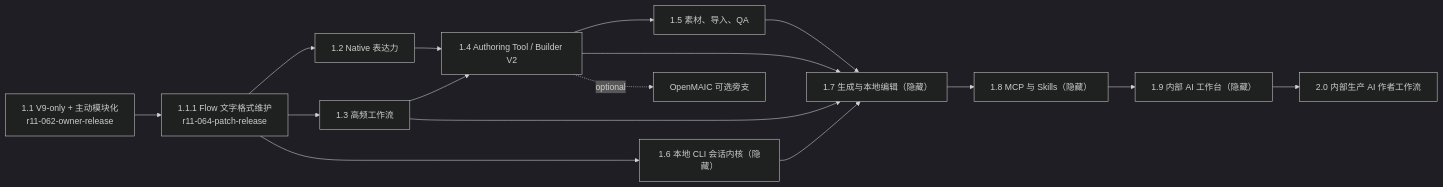
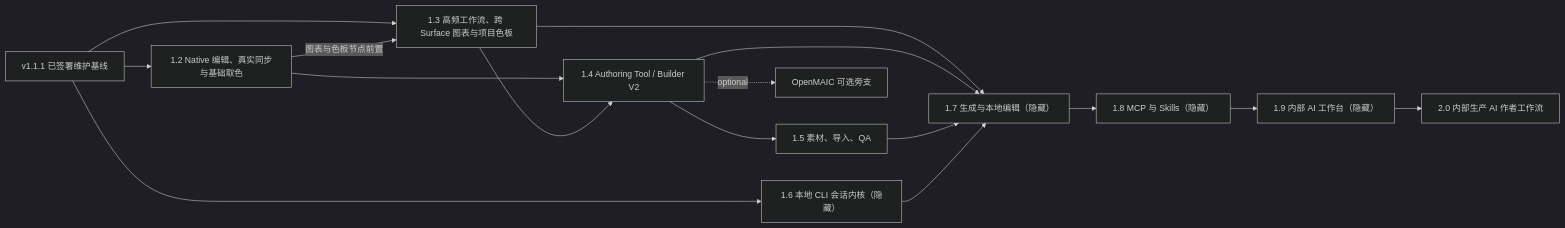
Before and after one commit to ghostairship-debug/ittoedu: the diagram in docs/development-plan/roadmap/README.md, drawn with Mermaid (dark theme). The commit also changed other lines of this file and 237 other files, not shown here.

Commit message:
feat(release): complete Course Project 1.2 Native editing closure

````diff
--- a/docs/development-plan/roadmap/README.md
+++ b/docs/development-plan/roadmap/README.md
@@ -25,29 +25,28 @@
 ```mermaid
 flowchart LR
-    R11["1.1 V9-only + 主动模块化\nr11-062-owner-release"]
-    R111["1.1.1 Flow 文字格式维护\nr11-064-patch-release"]
-    R12["1.2 Native 表达力"]
-    R13["1.3 高频工作流"]
+    B["v1.1.1 已签署维护基线"]
+    R12["1.2 Native 编辑、真实同步与基础取色"]
+    R13["1.3 高频工作流、跨 Surface 图表与项目色板"]
     R14["1.4 Authoring Tool / Builder V2"]
     R15["1.5 素材、导入、QA"]
     R16["1.6 本地 CLI 会话内核（隐藏）"]
     R17["1.7 生成与本地编辑（隐藏）"]
     R18["1.8 MCP 与 Skills（隐藏）"]
     R19["1.9 内部 AI 工作台（隐藏）"]
     R20["2.0 内部生产 AI 作者工作流"]
     O["OpenMAIC 可选旁支"]
 
-    R11 --> R111
-    R111 --> R12
-    R111 --> R13
-    R111 --> R16
+    B --> R12
+    B --> R13
+    B --> R16
+    R12 -->|图表与色板节点前置| R13
     R12 --> R14
     R13 --> R14
     R14 --> R15
     R13 --> R17
     R14 --> R17
     R15 --> R17
     R16 --> R17
     R17 --> R18 --> R19 --> R20
     R14 -. optional .-> O
 ```
````
